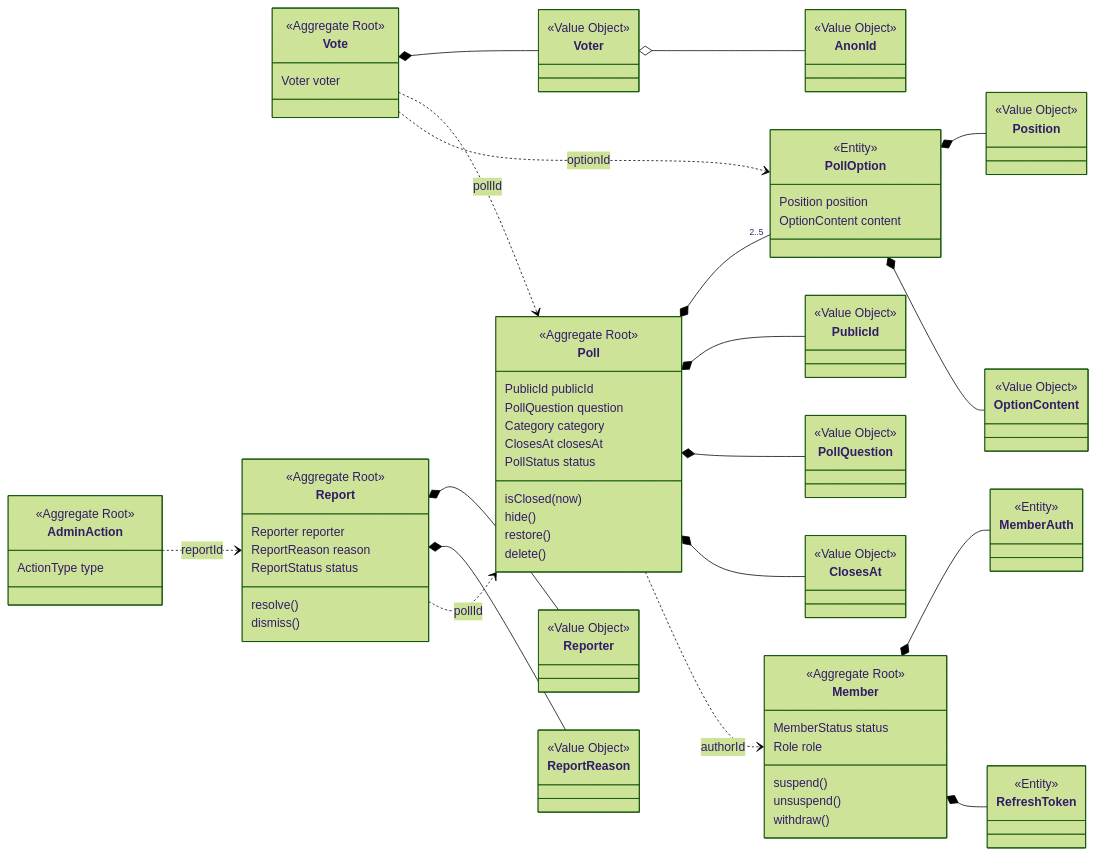
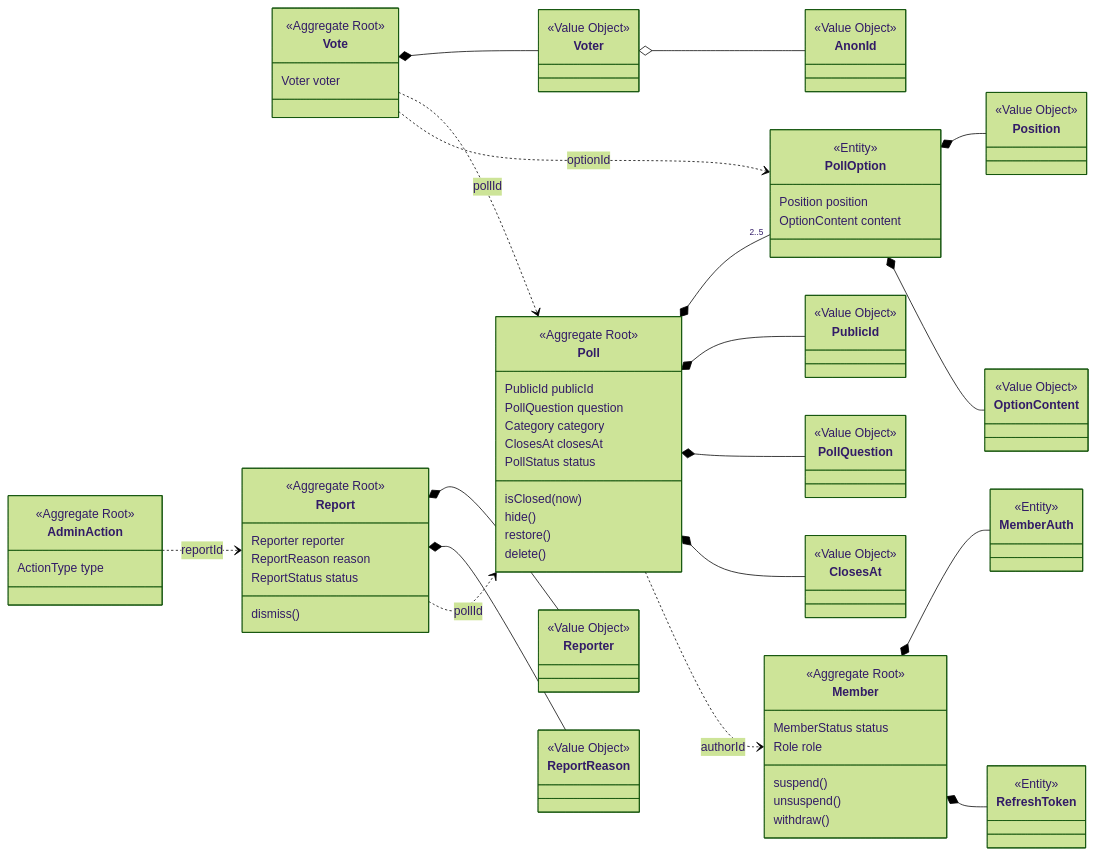
The first of 4 diagrams in docs/도메인-모델.md (kwakseobang/AuDDum), drawn with Mermaid (forest theme) before and after one commit. The commit also changed other lines of this file and 49 other files, not shown here.

```diff
--- a/docs/도메인-모델.md
+++ b/docs/도메인-모델.md
@@ -109,7 +109,6 @@
         Reporter reporter
         ReportReason reason
         ReportStatus status
-        resolve()
         dismiss()
     }
     class AdminAction {
```
